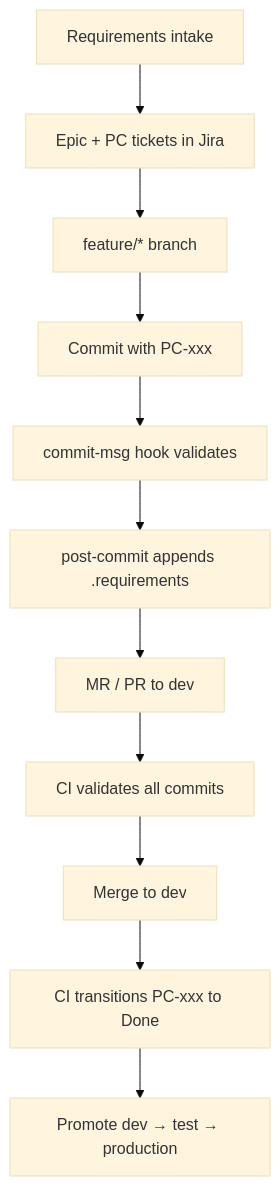
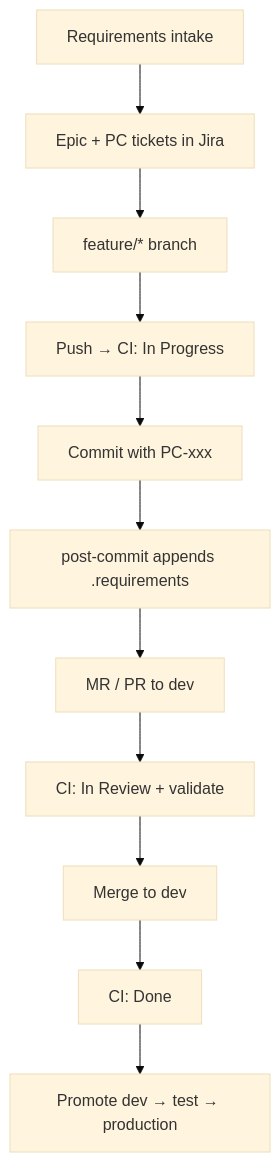
Before and after one commit to mpburton812/polycal: the diagram in docs/REQUIREMENTS-WORKFLOW.md, drawn with Mermaid (base theme). The commit also changed other lines of this file and 11 other files, not shown here.

````diff
--- a/docs/REQUIREMENTS-WORKFLOW.md
+++ b/docs/REQUIREMENTS-WORKFLOW.md
@@ -15,13 +15,13 @@
 ```mermaid
 flowchart TD
   A[Requirements intake] --> B[Epic + PC tickets in Jira]
   B --> C["feature/* branch"]
-  C --> D["Commit with PC-xxx"]
-  D --> E[commit-msg hook validates]
+  C --> D["Push → CI: In Progress"]
+  D --> E["Commit with PC-xxx"]
   E --> F[post-commit appends .requirements]
   F --> G[MR / PR to dev]
-  G --> H[CI validates all commits]
+  G --> H["CI: In Review + validate"]
   H --> I[Merge to dev]
-  I --> J[CI transitions PC-xxx to Done]
+  I --> J["CI: Done"]
   J --> K[Promote dev → test → production]
 ```
````
